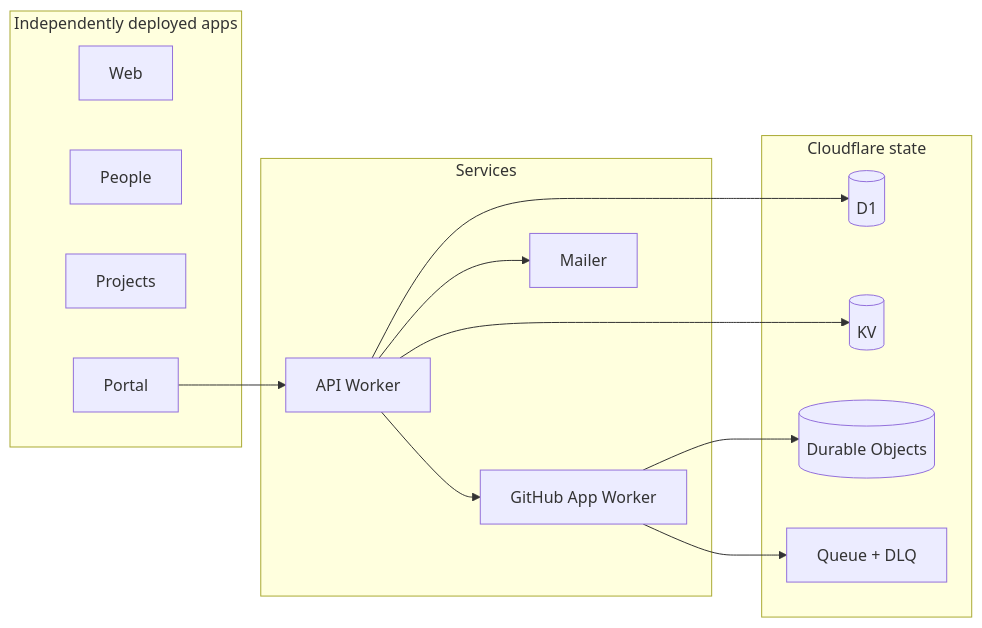
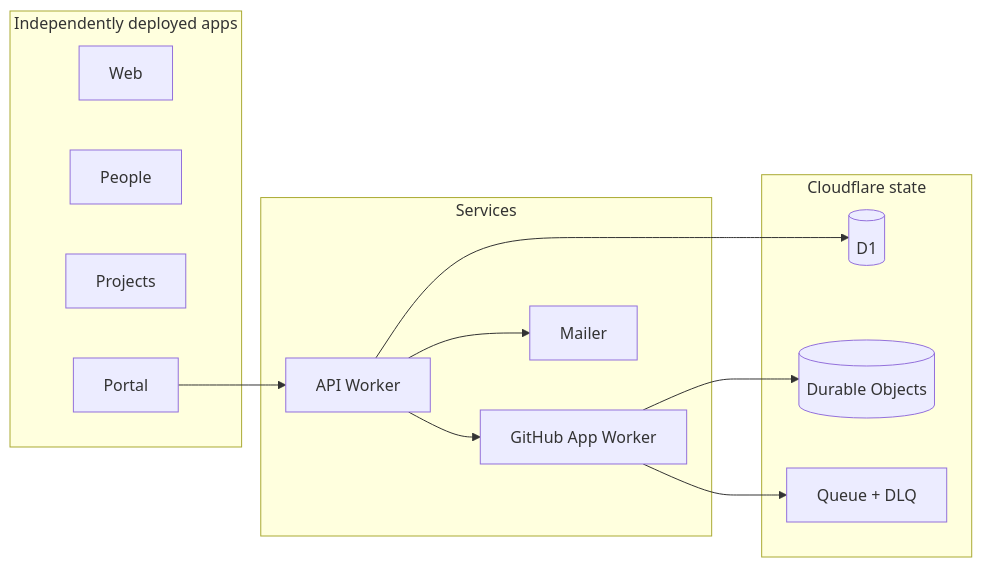
One commit to shamilaw-sci/CSC3213_20_Group_B changed the first of 2 diagrams in docs/OPERATIONS.md. Above: the diagram before and after it, drawn with Mermaid. The commit also changed other lines of this file and 50 other files, not shown here.

````diff
--- a/docs/OPERATIONS.md
+++ b/docs/OPERATIONS.md
@@ -9,30 +9,28 @@
 ```mermaid
 flowchart LR
   subgraph Independently deployed apps
     Web[Web]
     People[People]
     Projects[Projects]
     Portal[Portal]
   end
 
   subgraph Services
     API[API Worker]
     GH[GitHub App Worker]
     Mailer[Mailer]
   end
 
   subgraph Cloudflare state
     D1[(D1)]
-    KV[(KV)]
     DO[(Durable Objects)]
     Queue[Queue + DLQ]
   end
 
   Portal --> API
   API --> D1
-  API --> KV
   API --> GH
   API --> Mailer
   GH --> DO
   GH --> Queue
 ```
````
